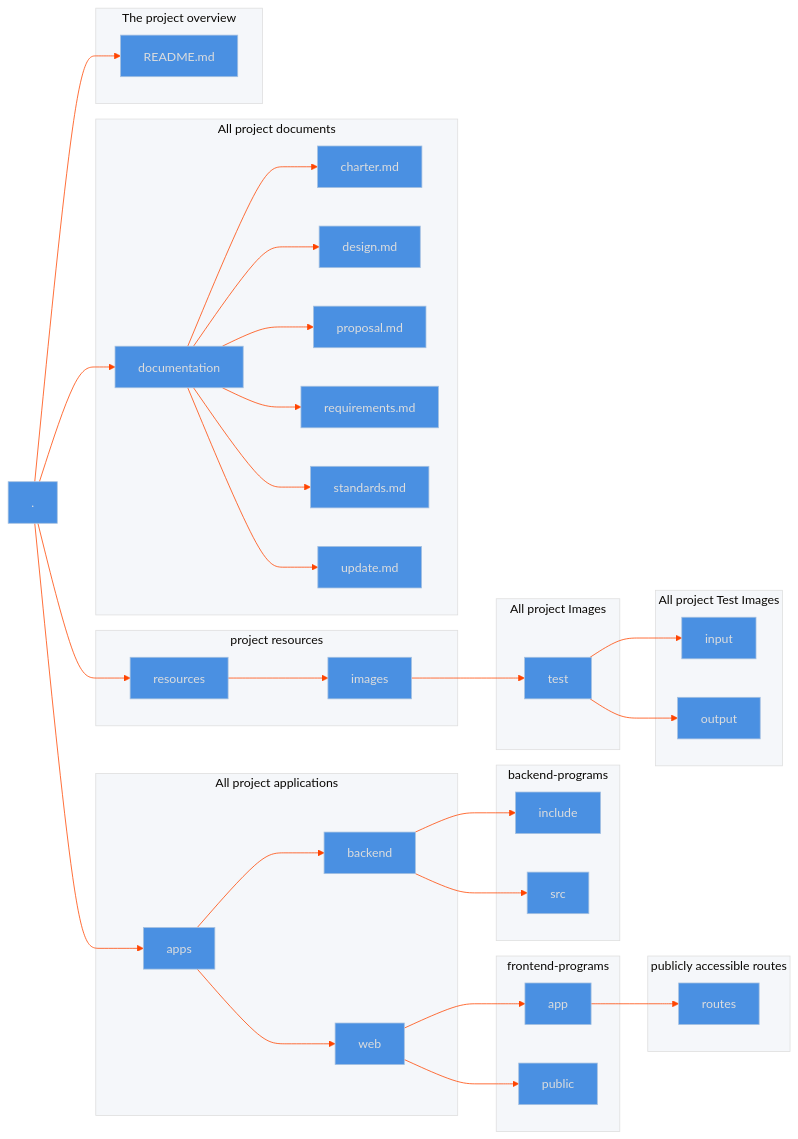
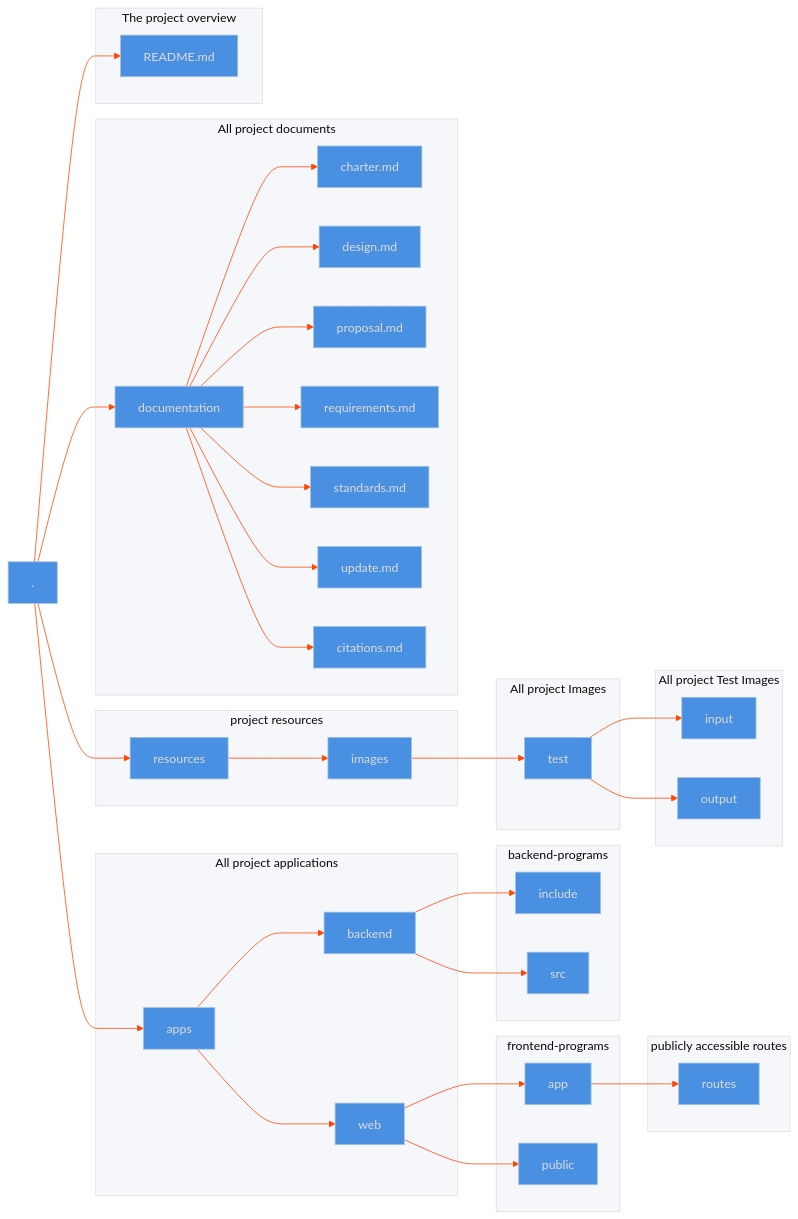
Before and after one commit to csci265-team/HiddenFrame: the ninth of 9 diagrams in documentation/design.md, drawn with Mermaid.

Commit message:
added citations to directory structure

````diff
--- a/documentation/design.md
+++ b/documentation/design.md
@@ -798,60 +798,61 @@
 ```mermaid
 ---
 Title: Project Directory Structure
 ---
 graph LR
  %%{
   init: {
     'theme': 'base',
     'themeVariables': {
       'primaryColor': '#4A90E2',
       'primaryTextColor': '#ddd',
       'primaryBorderColor': '#A6C1E0',
       'lineColor' : '#FF4500',
       'secondaryColor': '#20B2AA',
       'tertiaryColor': '#F5F7FA'
     }
   }
 }%%
 
     root[.] --> 1[README.md]
     root --> 2[documentation]
     root --> 3[resources]
     root --> 4[apps]
     subgraph 4g[All project applications]
       4 --> 41[backend]
       4 --> 42[web]
     end
     subgraph 41g[backend-programs]
       41 --> 411[include]
       41 --> 412[src]
     end
     subgraph 42g[frontend-programs]
       42 --> 421[app]
       42 --> 422[public]
     end
     subgraph 421g[publicly accessible routes]
       421 --> 4211[routes]
     end
     subgraph 3g[project resources]
 	  3 --> 31[images]
     end
     subgraph 31g[All project Images]
 	  31 --> 311[test]
     end
     subgraph 312g[All project Test Images]
 	  311 --> 3111[input]
 	  311 --> 3112[output]
     end
     subgraph 2g[All project documents]
       2 --> 21[charter.md]
       2 --> 22[design.md]
       2 --> 23[proposal.md]
       2 --> 24[requirements.md]
       2 --> 25[standards.md]
       2 --> 26[update.md]
+      2 --> 27[citations.md]
     end
     subgraph 1g[The project overview]
       1
     end
 ```
````
